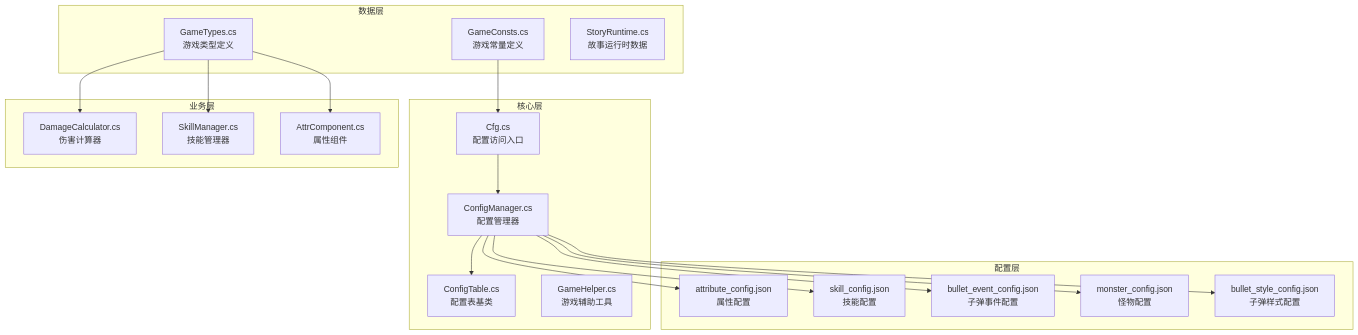
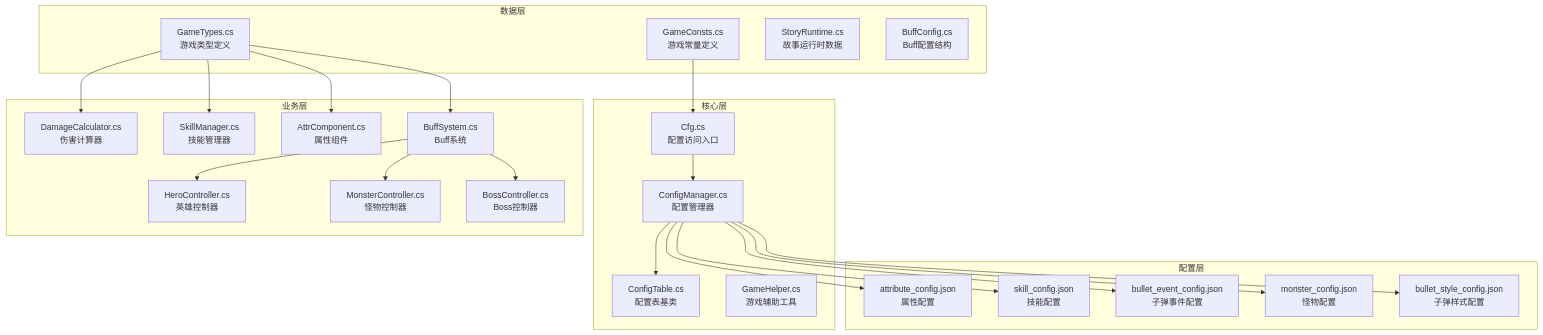
One commit to Tuusen/p1_client changed the first of 14 diagrams in .qoder/repowiki/zh/content/核心架构/游戏常量与类型.md. Above: the diagram before and after it, drawn with Mermaid. The commit also changed other lines of this file and 29 other files, not shown here.

````diff
--- a/.qoder/repowiki/zh/content/核心架构/游戏常量与类型.md
+++ b/.qoder/repowiki/zh/content/核心架构/游戏常量与类型.md
@@ -48,37 +59,46 @@
 ```mermaid
 graph TB
 subgraph "数据层"
 GC[GameConsts.cs<br/>游戏常量定义]
 GT[GameTypes.cs<br/>游戏类型定义]
 SR[StoryRuntime.cs<br/>故事运行时数据]
+BC[BuffConfig.cs<br/>Buff配置结构]
 end
 subgraph "核心层"
 CFG[Cfg.cs<br/>配置访问入口]
 CM[ConfigManager.cs<br/>配置管理器]
 CT[ConfigTable.cs<br/>配置表基类]
 GH[GameHelper.cs<br/>游戏辅助工具]
 end
 subgraph "业务层"
 DC[DamageCalculator.cs<br/>伤害计算器]
 SM[SkillManager.cs<br/>技能管理器]
 AC[AttrComponent.cs<br/>属性组件]
+BS[BuffSystem.cs<br/>Buff系统]
+HC[HeroController.cs<br/>英雄控制器]
+MC[MonsterController.cs<br/>怪物控制器]
+BOSS[BossController.cs<br/>Boss控制器]
 end
 subgraph "配置层"
 ACJ[attribute_config.json<br/>属性配置]
 SJ[skill_config.json<br/>技能配置]
 BEJ[bullet_event_config.json<br/>子弹事件配置]
 MSJ[monster_config.json<br/>怪物配置]
 BSJ[bullet_style_config.json<br/>子弹样式配置]
 end
 GC --> CFG
 GT --> DC
 GT --> SM
 GT --> AC
+GT --> BS
 CFG --> CM
 CM --> CT
 CM --> ACJ
 CM --> SJ
 CM --> BEJ
 CM --> MSJ
 CM --> BSJ
+BS --> HC
+BS --> MC
+BS --> BOSS
 ```
````
